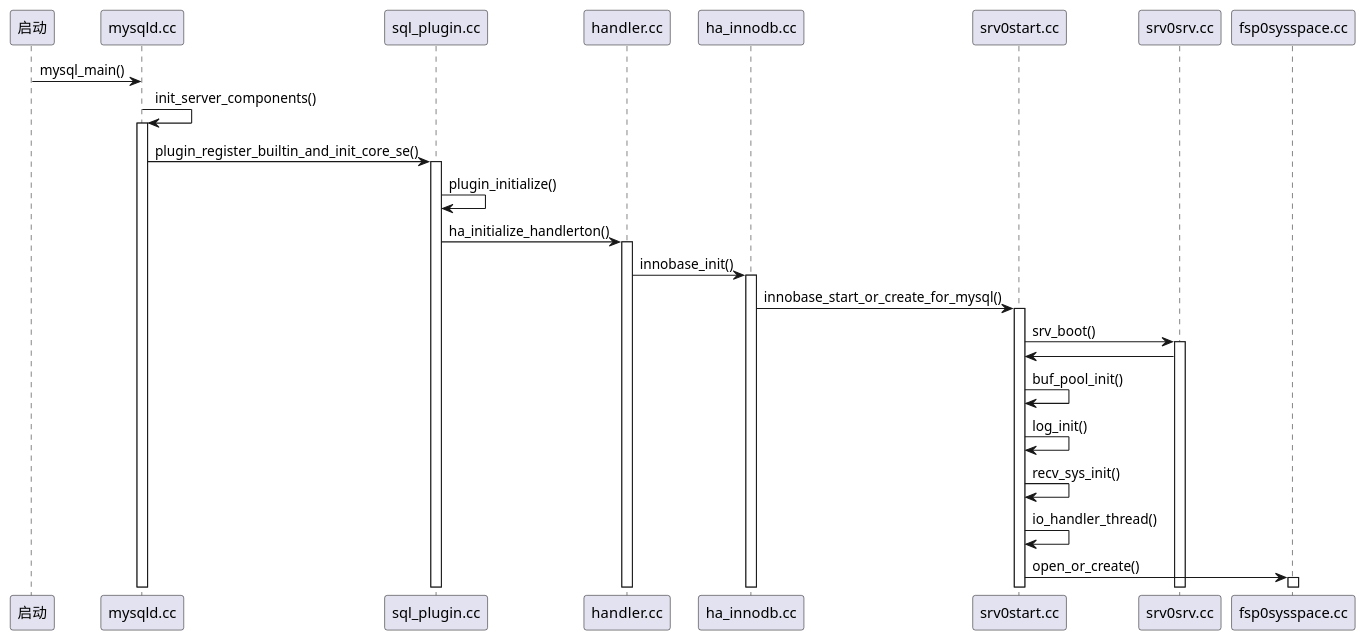
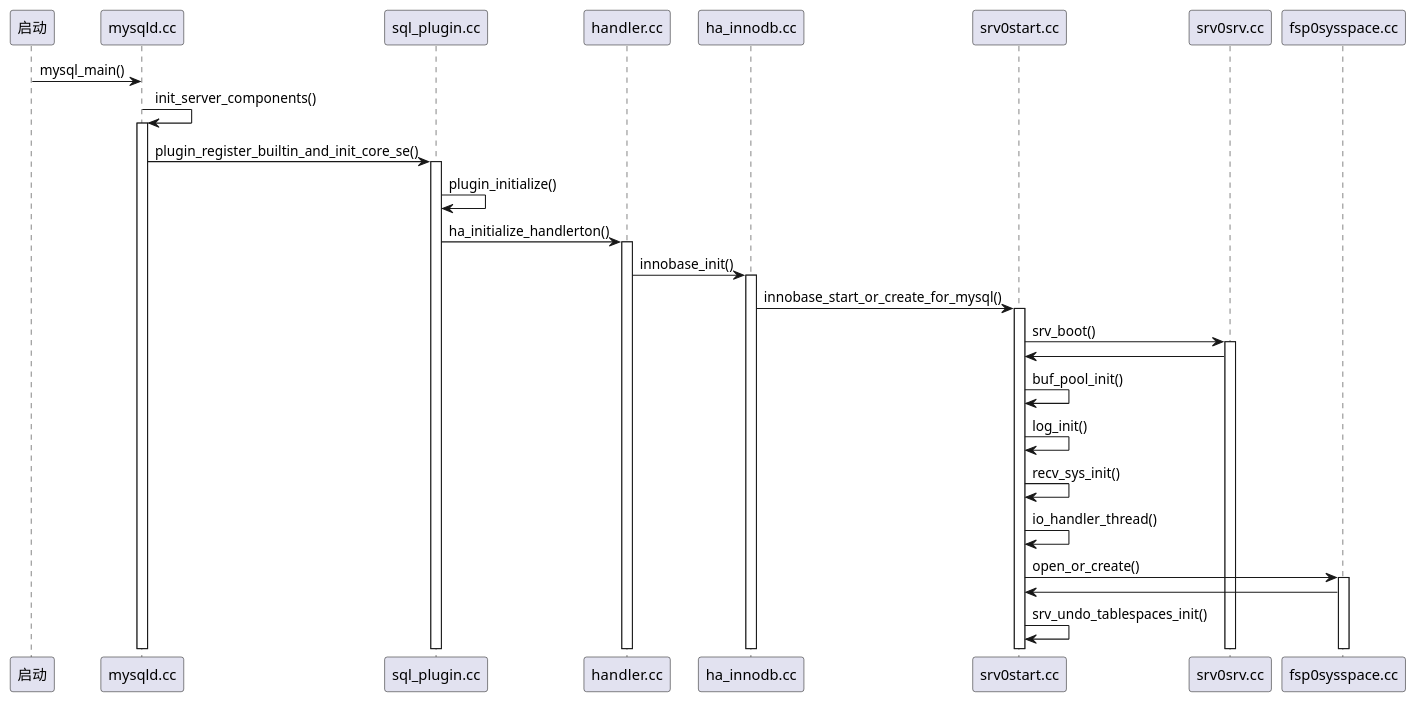
One commit to wult/org_doc changed the diagram in it/mysql/mysqlSource/innodb_summary.org. Above: the diagram before and after it, drawn with PlantUML. The commit also changed other lines of this file and 3 other files, not shown here.

```diff
--- a/it/mysql/mysqlSource/innodb_summary.org
+++ b/it/mysql/mysqlSource/innodb_summary.org
@@ -4,23 +4,25 @@
 #+BEGIN_SRC plantuml :file images/innodb_summary.png :cmdline -charset utf-8
 启动 -> mysqld.cc : mysql_main()
 mysqld.cc -> mysqld.cc : init_server_components()
 activate mysqld.cc
 mysqld.cc -> sql_plugin.cc : plugin_register_builtin_and_init_core_se()
 activate sql_plugin.cc
 sql_plugin.cc -> sql_plugin.cc : plugin_initialize()
 sql_plugin.cc -> handler.cc : ha_initialize_handlerton()
 activate handler.cc
 handler.cc -> ha_innodb.cc : innobase_init()
 activate ha_innodb.cc
 ha_innodb.cc -> srv0start.cc : innobase_start_or_create_for_mysql()
 activate srv0start.cc
 srv0start.cc -> srv0srv.cc : srv_boot()
 activate srv0srv.cc
 srv0srv.cc -> srv0start.cc
 srv0start.cc -> srv0start.cc : buf_pool_init()
 srv0start.cc -> srv0start.cc : log_init()
 srv0start.cc -> srv0start.cc : recv_sys_init()
 srv0start.cc -> srv0start.cc : io_handler_thread()
 srv0start.cc -> fsp0sysspace.cc : open_or_create()
 activate fsp0sysspace.cc
+fsp0sysspace.cc -> srv0start.cc :
+srv0start.cc -> srv0start.cc : srv_undo_tablespaces_init()
 #+END_SRC
```
